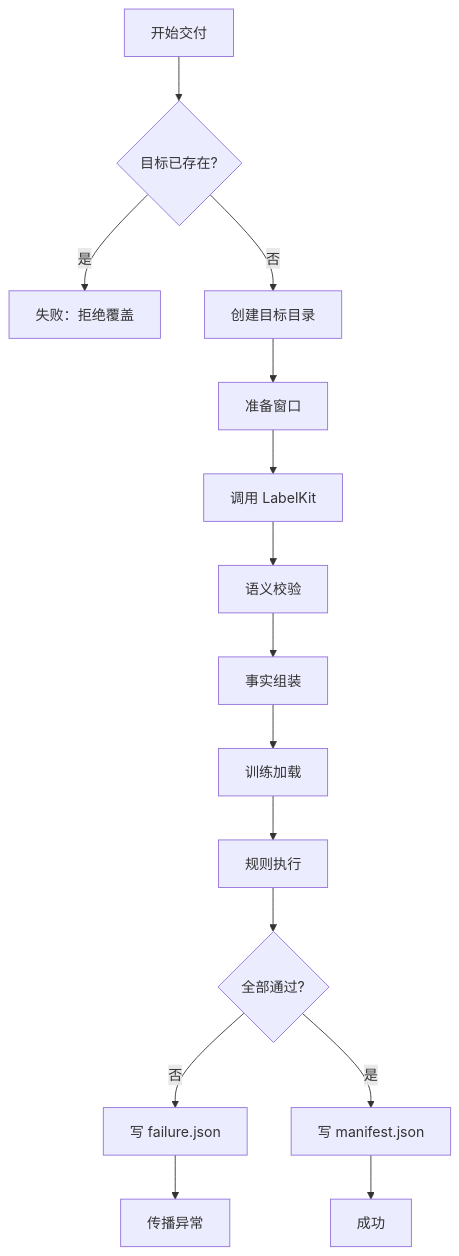
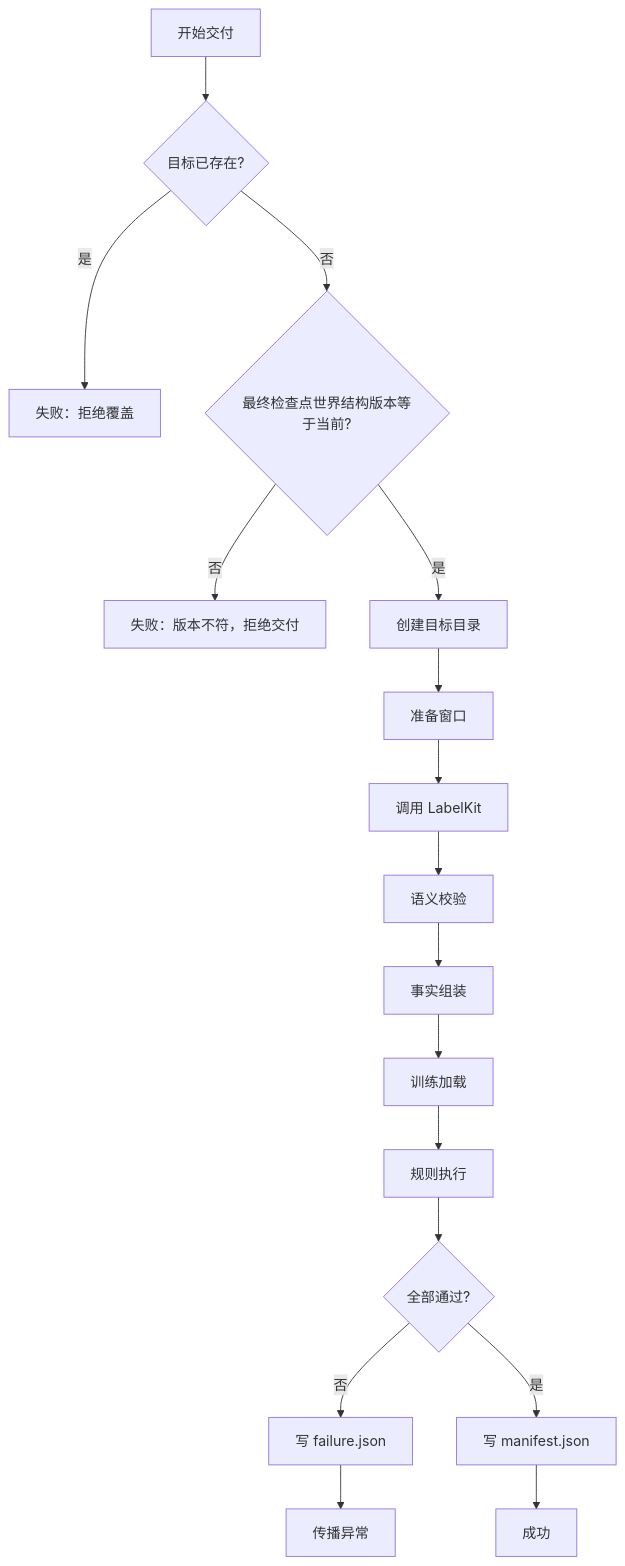
Before and after one commit to HoldThatThgt/WorldMock: the fifth of 7 diagrams in docs/design/06-delivery.md, drawn with Mermaid. The commit also changed other lines of this file and 29 other files, not shown here.

````diff
--- a/docs/design/06-delivery.md
+++ b/docs/design/06-delivery.md
@@ -596,17 +598,19 @@
 ```mermaid
 flowchart TB
     A[开始交付] --> B{目标已存在?}
     B -->|是| Z[失败：拒绝覆盖]
-    B -->|否| C[创建目标目录]
+    B -->|否| V{最终检查点世界结构版本等于当前?}
+    V -->|否| Y[失败：版本不符，拒绝交付]
+    V -->|是| C[创建目标目录]
     C --> D[准备窗口]
     D --> E[调用 LabelKit]
     E --> F[语义校验]
     F --> G[事实组装]
     G --> H[训练加载]
     H --> I[规则执行]
     I --> J{全部通过?}
     J -->|否| K[写 failure.json]
     K --> L[传播异常]
     J -->|是| M[写 manifest.json]
     M --> N[成功]
 ```
````
